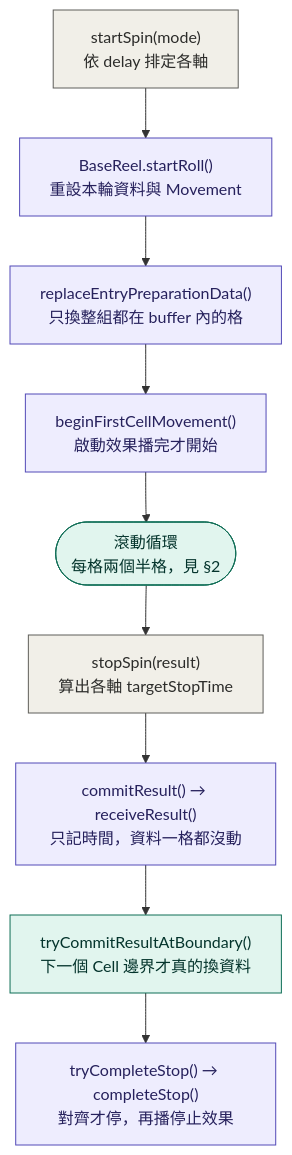
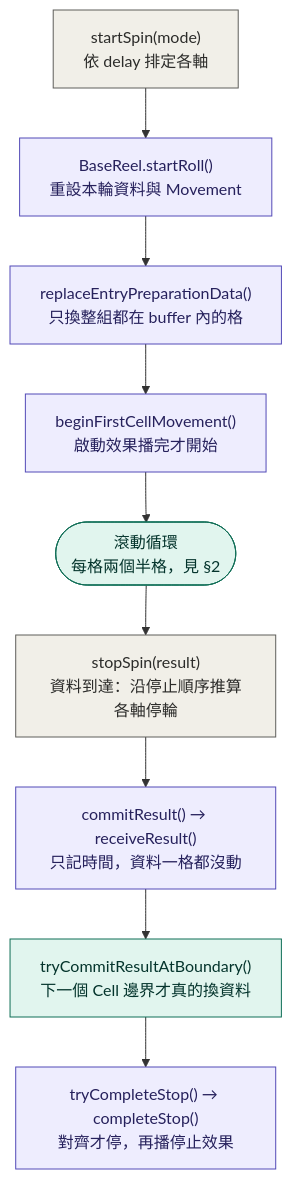
One commit to hrysag/egretBaseSlotMachine changed the first of 2 diagrams in doc/Core-Runtime-Flow.md. Above: the diagram before and after it, drawn with Mermaid. The commit also changed other lines of this file and 26 other files, not shown here.

````diff
--- a/doc/Core-Runtime-Flow.md
+++ b/doc/Core-Runtime-Flow.md
@@ -13,21 +13,21 @@
 ```mermaid
 flowchart TD
     A["startSpin(mode)<br/>依 delay 排定各軸"]
     B["BaseReel.startRoll()<br/>重設本輪資料與 Movement"]
     C["replaceEntryPreparationData()<br/>只換整組都在 buffer 內的格"]
     D["beginFirstCellMovement()<br/>啟動效果播完才開始"]
     E(["滾動循環<br/>每格兩個半格，見 §2"])
-    F["stopSpin(result)<br/>算出各軸 targetStopTime"]
+    F["stopSpin(result)<br/>資料到達：沿停止順序推算各軸停輪"]
     G["commitResult() → receiveResult()<br/>只記時間，資料一格都沒動"]
     H["tryCommitResultAtBoundary()<br/>下一個 Cell 邊界才真的換資料"]
     I["tryCompleteStop() → completeStop()<br/>對齊才停，再播停止效果"]
 
     A --> B --> C --> D --> E --> F --> G --> H --> I
 
     classDef sm fill:#F1EFE8,stroke:#5F5E5A,color:#2C2C2A
     classDef reel fill:#EEEDFE,stroke:#534AB7,color:#26215C
     classDef internal fill:#E1F5EE,stroke:#0F6E56,color:#04342C
     class A,F sm
     class B,C,D,G,I reel
     class E,H internal
 ```
````
